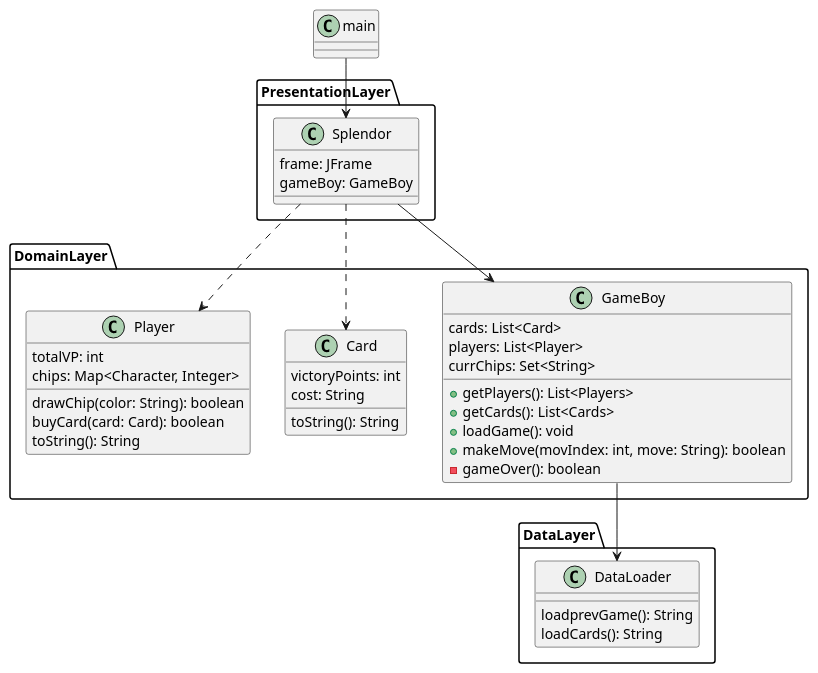
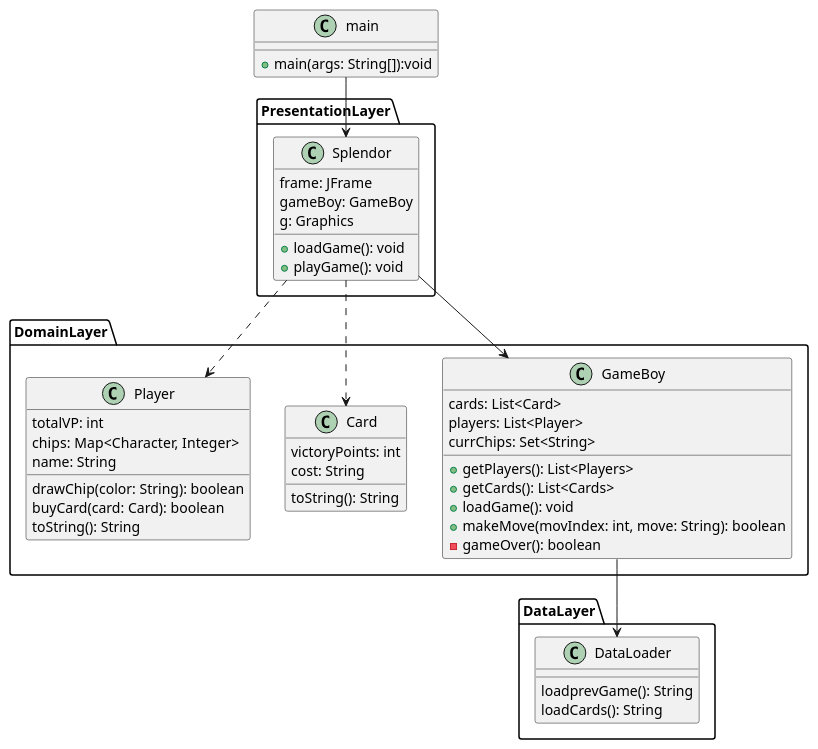
Before and after one commit to pjc0210/csse374-hw2: the diagram in src/UMLDiagram.puml, drawn with PlantUML. The commit also changed 4 other files, not shown here.

Commit message:
uml and packages

```diff
--- a/src/UMLDiagram.puml
+++ b/src/UMLDiagram.puml
@@ -1,59 +1,66 @@
 @startuml
 
 class main{
++main(args: String[]):void
+}
 
-}
 package PresentationLayer{
   class Splendor{
     frame: JFrame
     gameBoy: GameBoy
+    g: Graphics
+
+    +loadGame(): void
+    +playGame(): void
+
   }
 }
+
 package DomainLayer{
   class GameBoy{
     cards: List<Card>
     players: List<Player>
     currChips: Set<String>
 
     +getPlayers(): List<Players>
     +getCards(): List<Cards>
     +loadGame(): void
     +makeMove(movIndex: int, move: String): boolean
     -gameOver(): boolean
-
   }
 
   class Card{
     victoryPoints: int
     cost: String
     toString(): String
   }
 
   class Player{
     totalVP: int
     chips: Map<Character, Integer>
+    name: String
     drawChip(color: String): boolean
     buyCard(card: Card): boolean
     toString(): String
   }
 }
 package DataLayer{
 
   class DataLoader{
    loadprevGame(): String
    loadCards(): String
   }
 }
 
 main --> Splendor
 
 Splendor --> GameBoy
 
 Splendor ..> Card
 
 Splendor ..> Player
 
 GameBoy --> DataLoader
 
 
 @enduml
```
